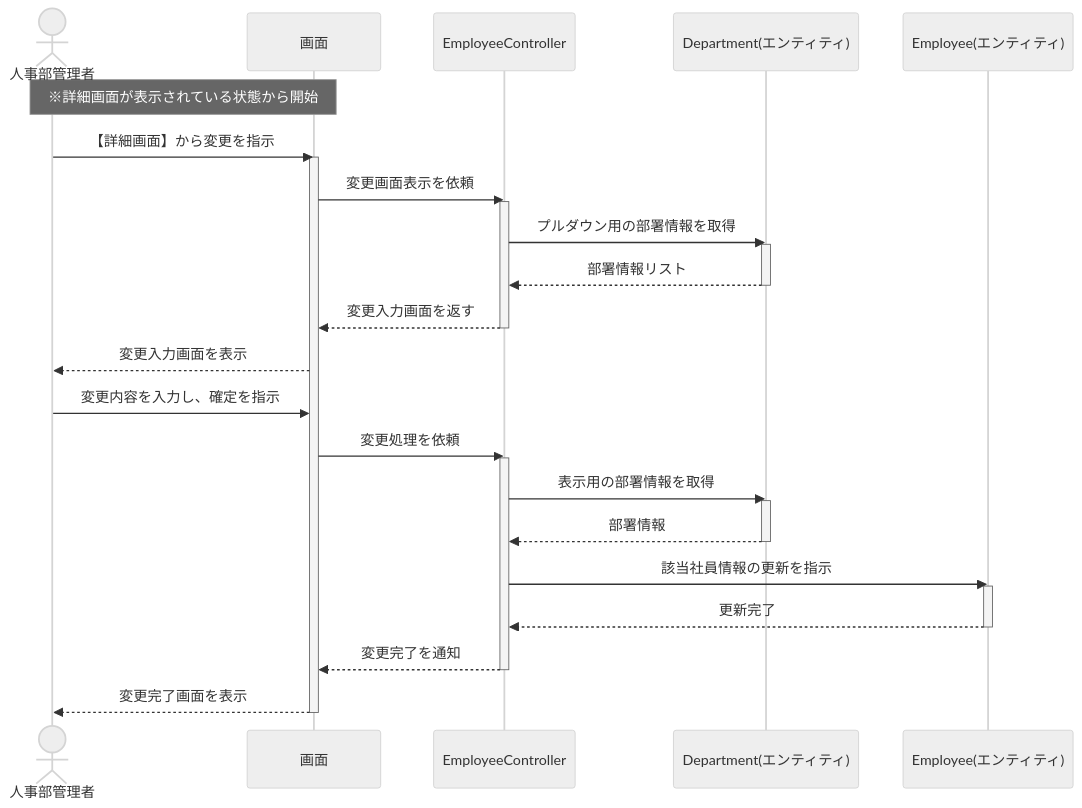
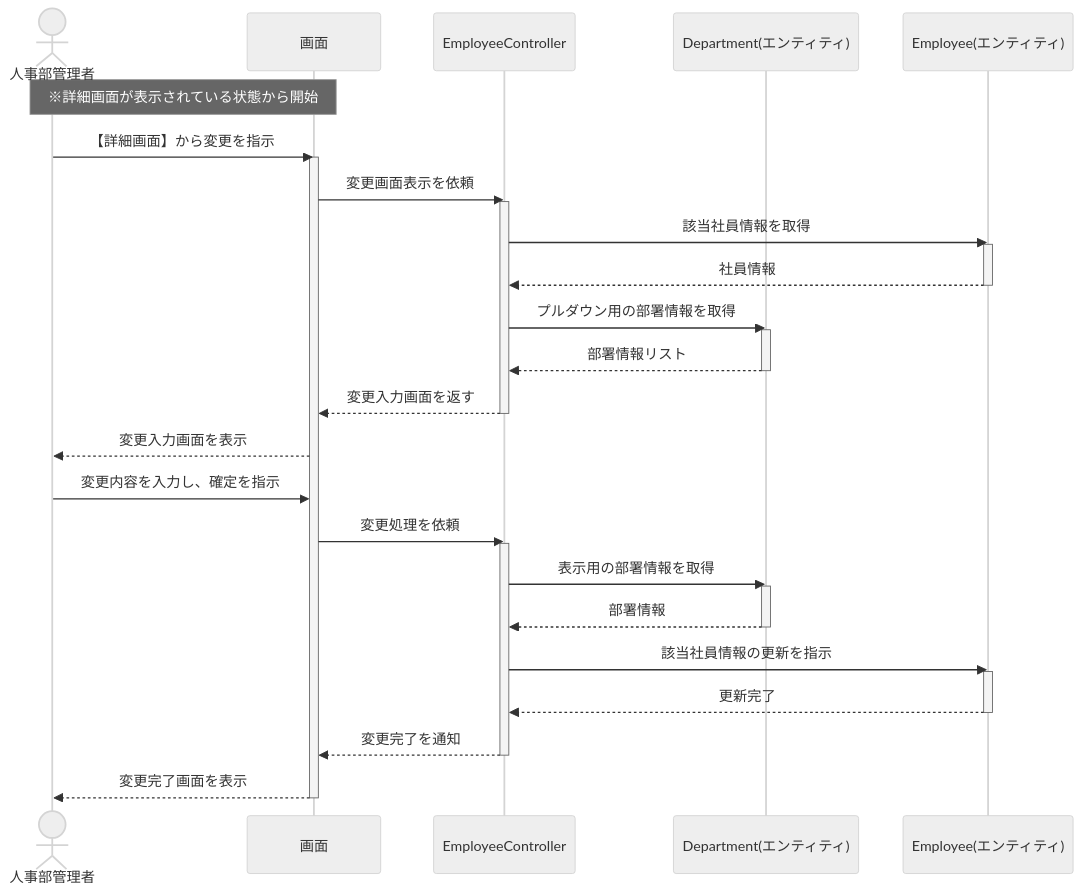
Diagram 13 of 25 in EIMS_Comprehensive_Exercise_Guide.md (juyeongjung1/NewEIMS), drawn with Mermaid (neutral theme) before and after one commit. The commit also changed other lines of this file and 1 other file, not shown here.

````diff
--- a/EIMS_Comprehensive_Exercise_Guide.md
+++ b/EIMS_Comprehensive_Exercise_Guide.md
@@ -1124,41 +1212,45 @@
 ```mermaid
 sequenceDiagram
     actor Admin as 人事部管理者
     participant UI as 画面
     participant Ctrl as EmployeeController
     participant Dept as Department(エンティティ)
     participant Emp as Employee(エンティティ)
 
     note over Admin, UI: ※詳細画面が表示されている状態から開始
     Admin ->> UI: 【詳細画面】から変更を指示
     activate UI
     UI ->> Ctrl: 変更画面表示を依頼
     activate Ctrl
+    Ctrl ->> Emp: 該当社員情報を取得
+    activate Emp
+    Emp -->> Ctrl: 社員情報
+    deactivate Emp
     Ctrl ->> Dept: プルダウン用の部署情報を取得
     activate Dept
     Dept -->> Ctrl: 部署情報リスト
     deactivate Dept
     Ctrl -->> UI: 変更入力画面を返す
     deactivate Ctrl
     UI -->> Admin: 変更入力画面を表示
-    
+  
     Admin ->> UI: 変更内容を入力し、確定を指示
     UI ->> Ctrl: 変更処理を依頼
     activate Ctrl
-    
+  
     Ctrl ->> Dept: 表示用の部署情報を取得
     activate Dept
     Dept -->> Ctrl: 部署情報
     deactivate Dept
-    
+  
     Ctrl ->> Emp: 該当社員情報の更新を指示
     activate Emp
     Emp -->> Ctrl: 更新完了
     deactivate Emp
-    
+  
     Ctrl -->> UI: 変更完了を通知
     deactivate Ctrl
-    
+  
     UI -->> Admin: 変更完了画面を表示
     deactivate UI
 ```
````
